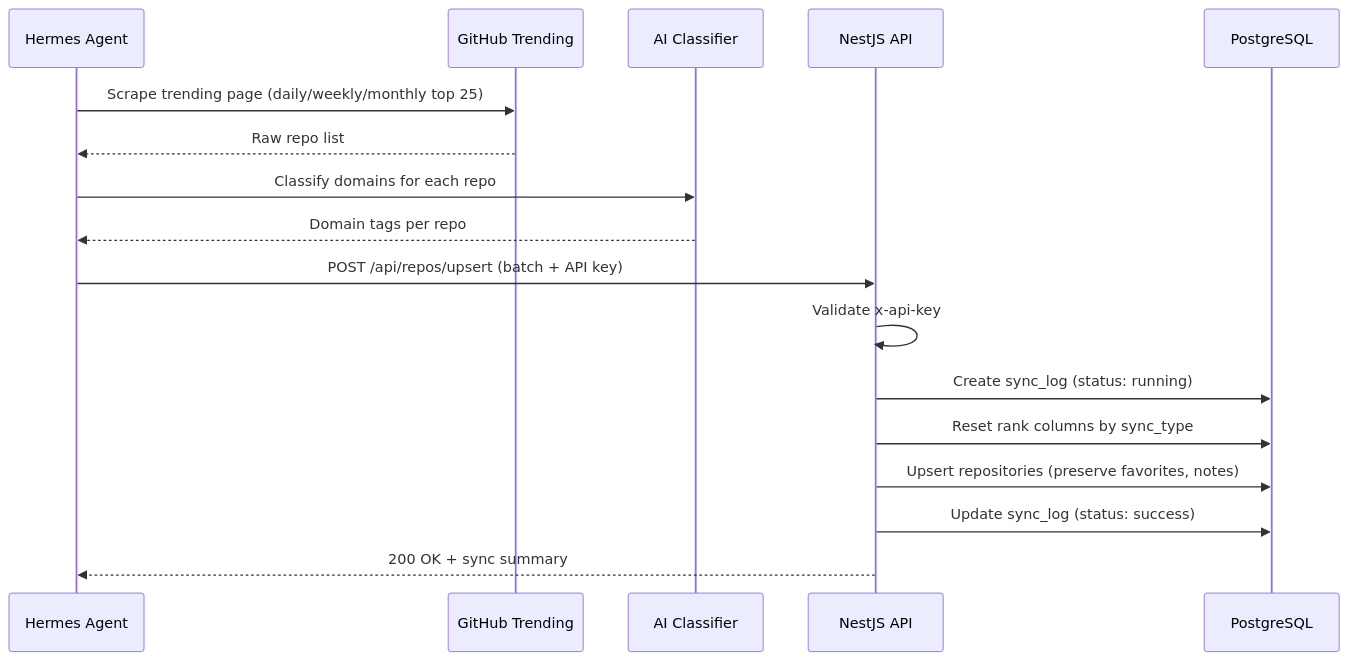
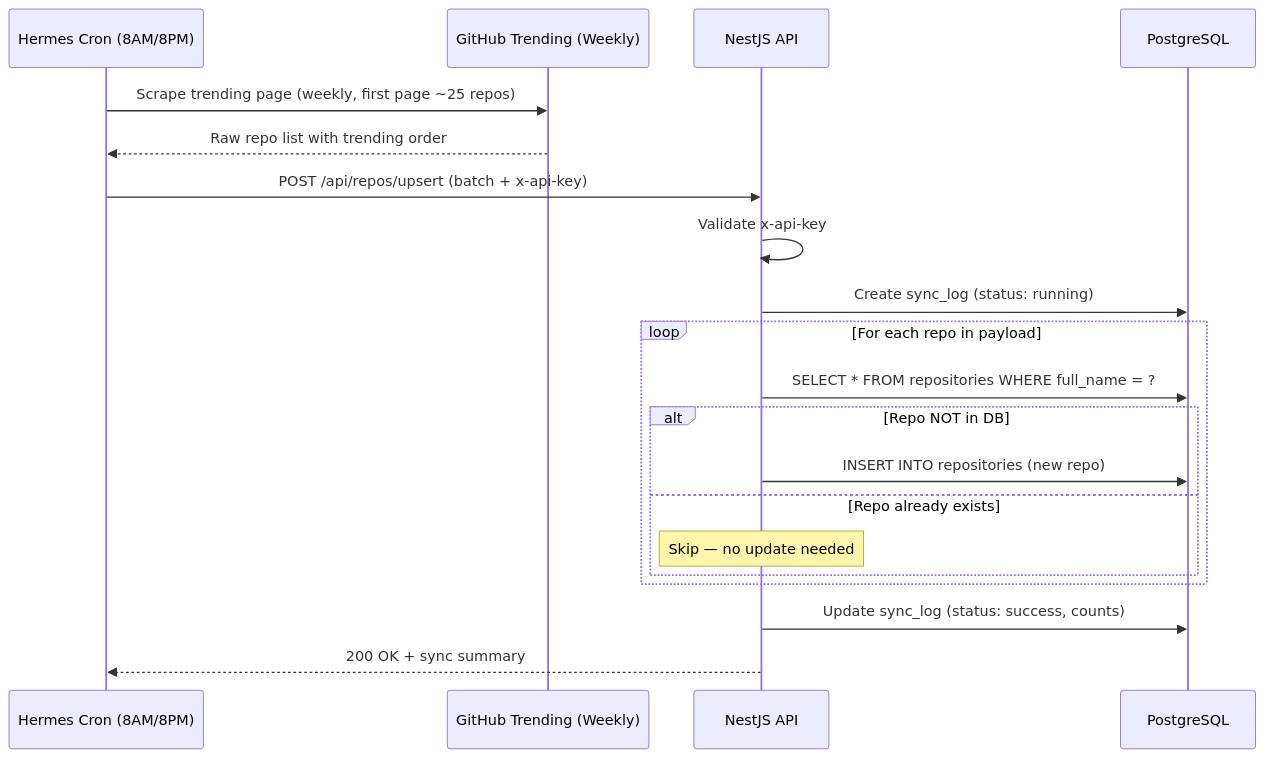
Before and after one commit to thangvq95/thangvq-digital-hub: the diagram in docs/architecture/repo-sync-lifecycle.md, drawn with Mermaid. The commit also changed other lines of this file and 49 other files, not shown here.

````diff
--- a/docs/architecture/repo-sync-lifecycle.md
+++ b/docs/architecture/repo-sync-lifecycle.md
@@ -15,20 +18,23 @@
 ```mermaid
 sequenceDiagram
-    participant HA as Hermes Agent
-    participant GH as GitHub Trending
-    participant AI as AI Classifier
+    participant HC as Hermes Cron (8AM/8PM)
+    participant GH as GitHub Trending (Weekly)
     participant BE as NestJS API
     participant DB as PostgreSQL
 
-    HA->>GH: Scrape trending page (daily/weekly/monthly top 25)
-    GH-->>HA: Raw repo list
-    HA->>AI: Classify domains for each repo
-    AI-->>HA: Domain tags per repo
-    HA->>BE: POST /api/repos/upsert (batch + API key)
+    HC->>GH: Scrape trending page (weekly, first page ~25 repos)
+    GH-->>HC: Raw repo list with trending order
+    HC->>BE: POST /api/repos/upsert (batch + x-api-key)
     BE->>BE: Validate x-api-key
     BE->>DB: Create sync_log (status: running)
-    BE->>DB: Reset rank columns by sync_type
-    BE->>DB: Upsert repositories (preserve favorites, notes)
-    BE->>DB: Update sync_log (status: success)
-    BE-->>HA: 200 OK + sync summary
+    loop For each repo in payload
+        BE->>DB: SELECT * FROM repositories WHERE full_name = ?
+        alt Repo NOT in DB
+            BE->>DB: INSERT INTO repositories (new repo)
+        else Repo already exists
+            Note over BE: Skip — no update needed
+        end
+    end
+    BE->>DB: Update sync_log (status: success, counts)
+    BE-->>HC: 200 OK + sync summary
 ```
````
